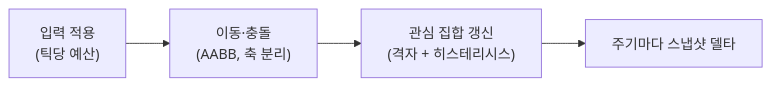
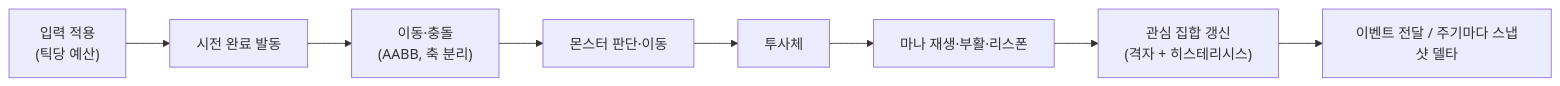
The second of 3 diagrams in README.md (hstar0124/sa-server), drawn with Mermaid before and after one commit. The commit also changed other lines of this file and 4 other files, not shown here.

````diff
--- a/README.md
+++ b/README.md
@@ -70,4 +70,4 @@
 ```mermaid
 flowchart LR
-    A["입력 적용<br/>(틱당 예산)"] --> B["이동·충돌<br/>(AABB, 축 분리)"] --> C["관심 집합 갱신<br/>(격자 + 히스테리시스)"] --> D["주기마다 스냅샷 델타"]
+    A["입력 적용<br/>(틱당 예산)"] --> B["시전 완료 발동"] --> C["이동·충돌<br/>(AABB, 축 분리)"] --> D["몬스터 판단·이동"] --> E["투사체"] --> F["마나 재생·부활·리스폰"] --> G["관심 집합 갱신<br/>(격자 + 히스테리시스)"] --> H["이벤트 전달 / 주기마다 스냅샷 델타"]
 ```
````
